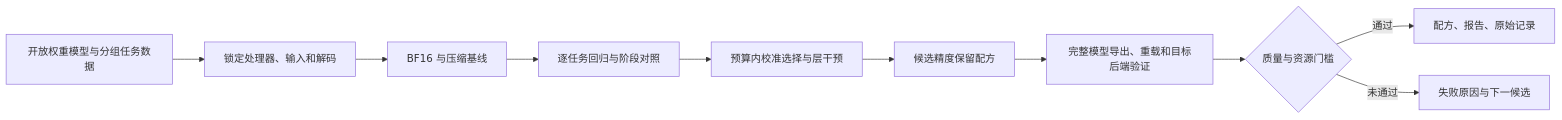
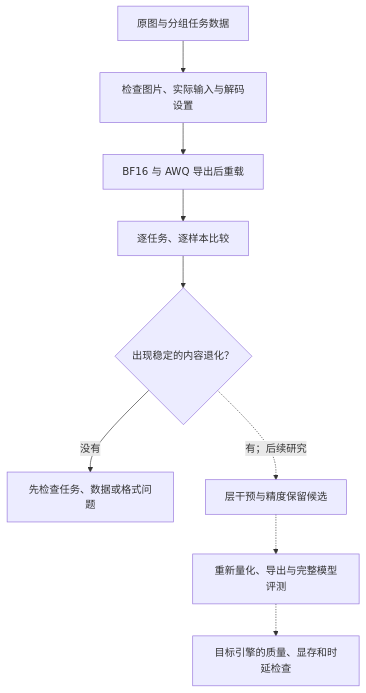
The diagram in docs/design.zh-CN.md (crown-sports/vlm-precision-lab), drawn with Mermaid before and after one commit. The commit also changed other lines of this file and 11 other files, not shown here.

````diff
--- a/docs/design.zh-CN.md
+++ b/docs/design.zh-CN.md
@@ -39,12 +35,11 @@
 ```mermaid
-flowchart LR
-    A[开放权重模型与分组任务数据] --> B[锁定处理器、输入和解码]
-    B --> C[BF16 与压缩基线]
-    C --> D[逐任务回归与阶段对照]
-    D --> E[预算内校准选择与层干预]
-    E --> F[候选精度保留配方]
-    F --> G[完整模型导出、重载和目标后端验证]
-    G --> H{质量与资源门槛}
-    H -->|通过| I[配方、报告、原始记录]
-    H -->|未通过| J[失败原因与下一候选]
+flowchart TD
+    A[原图与分组任务数据] --> B[检查图片、实际输入与解码设置]
+    B --> C[BF16 与 AWQ 导出后重载]
+    C --> D[逐任务、逐样本比较]
+    D --> E{出现稳定的内容退化？}
+    E -->|没有| F[先检查任务、数据或格式问题]
+    E -.->|有；后续研究| G[层干预与精度保留候选]
+    G -.-> H[重新量化、导出与完整模型评测]
+    H -.-> I[目标引擎的质量、显存和时延检查]
 ```
````
